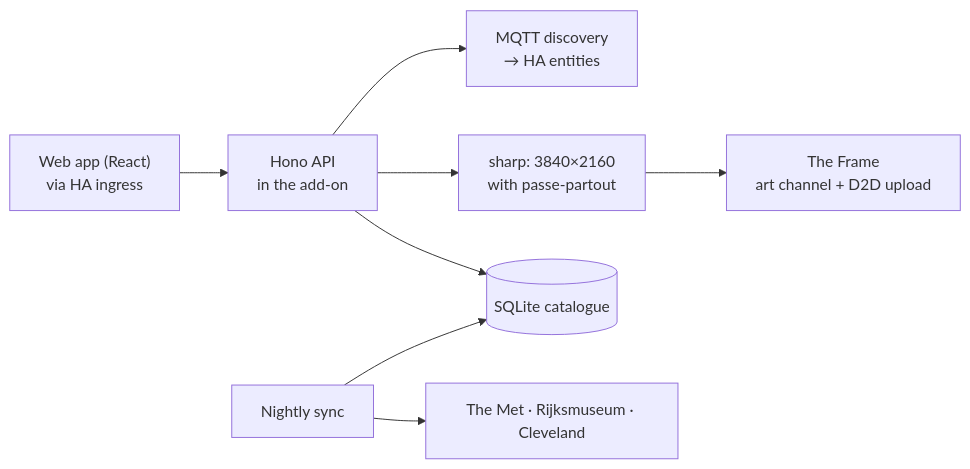
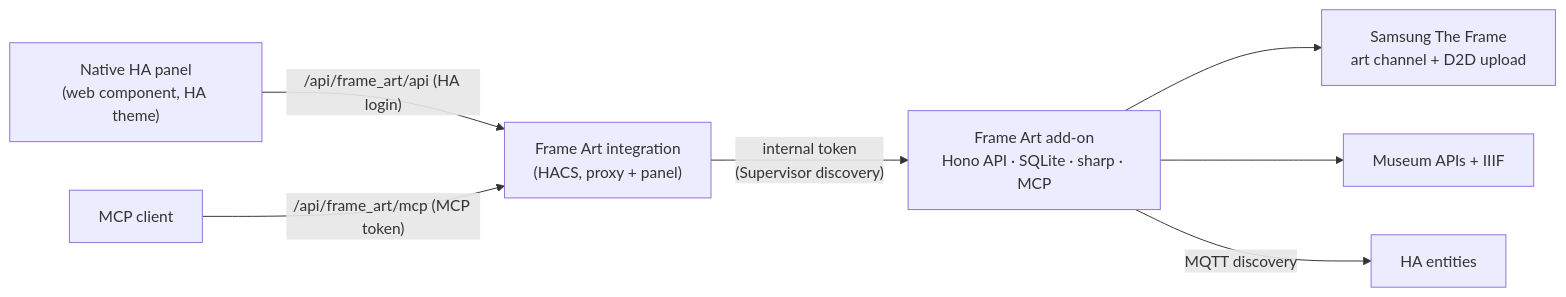
The diagram in README.md (dstollie/ha-frame-art), drawn with Mermaid before and after one commit. The commit also changed other lines of this file and 9 other files, not shown here.

First line of the commit message:
docs(readme): Document install, sources, providers, MCP and the native panel

````diff
--- a/README.md
+++ b/README.md
@@ -40,10 +111,9 @@
 ```mermaid
 flowchart LR
-  Phone["Web app (React)<br/>via HA ingress"] --> API["Hono API<br/>in the add-on"]
-  API --> DB[("SQLite catalogue")]
-  API --> Render["sharp: 3840×2160<br/>with passe-partout"]
-  Render --> TV["The Frame<br/>art channel + D2D upload"]
-  Sync["Nightly sync"] --> Museums["The Met · Rijksmuseum · Cleveland"]
-  Sync --> DB
-  API --> MQTT["MQTT discovery<br/>→ HA entities"]
+  Panel["Native HA panel<br/>(web component, HA theme)"] -->|"/api/frame_art/api (HA login)"| Integration
+  Claude["MCP client"] -->|"/api/frame_art/mcp (MCP token)"| Integration
+  Integration["Frame Art integration<br/>(HACS, proxy + panel)"] -->|"internal token<br/>(Supervisor discovery)"| Addon
+  Addon["Frame Art add-on<br/>Hono API · SQLite · sharp · MCP"] --> TV["Samsung The Frame<br/>art channel + D2D upload"]
+  Addon --> Museums["Museum APIs + IIIF"]
+  Addon -->|MQTT discovery| HA["HA entities"]
 ```
````
